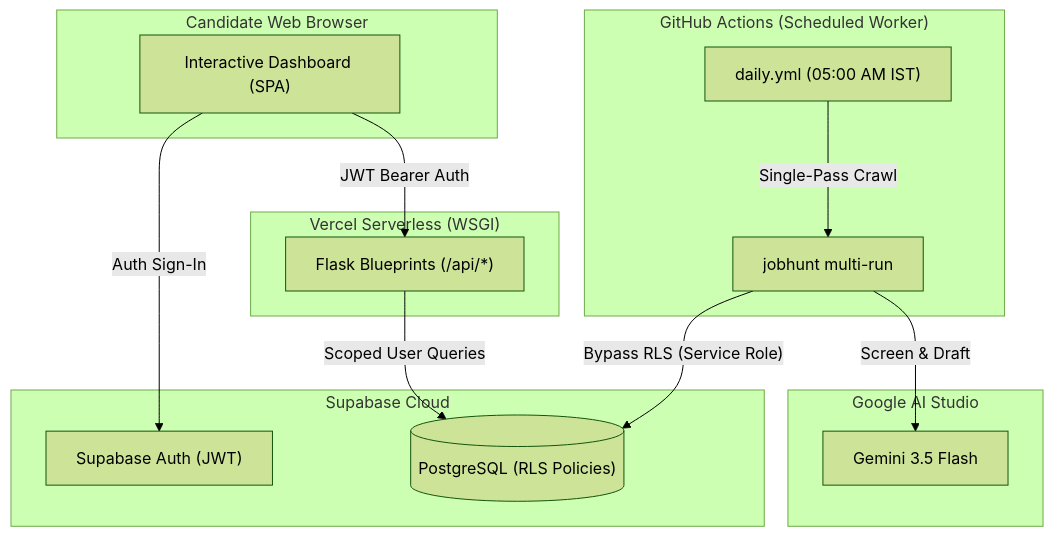
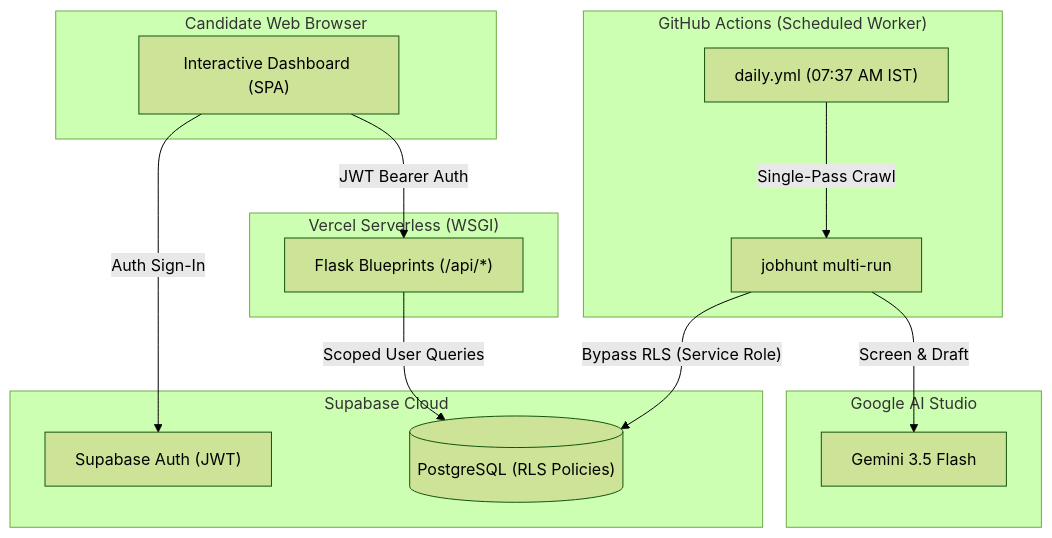
The second of 2 diagrams in README.md (tanish-jain-225/job-hunter), drawn with Mermaid (forest theme) before and after one commit. The commit also changed other lines of this file and 11 other files, not shown here.

Commit message:
fix(llm,scheduler): harden model-first key rotation, failover cascades, and 07:37 IST cron

````diff
--- a/README.md
+++ b/README.md
@@ -508,31 +508,31 @@
 ```mermaid
 flowchart TD
     subgraph Client["Candidate Web Browser"]
         UI["Interactive Dashboard (SPA)"]
     end
 
     subgraph Vercel["Vercel Serverless (WSGI)"]
         API["Flask Blueprints (/api/*)"]
     end
 
     subgraph Supabase["Supabase Cloud"]
         AUTH["Supabase Auth (JWT)"]
         DB[("PostgreSQL (RLS Policies)")]
     end
 
     subgraph GHA["GitHub Actions (Scheduled Worker)"]
-        CRON["daily.yml (05:00 AM IST)"]
+        CRON["daily.yml (07:37 AM IST)"]
         MULTI["jobhunt multi-run"]
     end
 
     subgraph AI["Google AI Studio"]
         GEMINI["Gemini 3.5 Flash"]
     end
 
     UI -->|"JWT Bearer Auth"| API
     UI -->|"Auth Sign-In"| AUTH
     API -->|"Scoped User Queries"| DB
     CRON -->|"Single-Pass Crawl"| MULTI
     MULTI -->|"Bypass RLS (Service Role)"| DB
     MULTI -->|"Screen & Draft"| GEMINI
 ```
````
